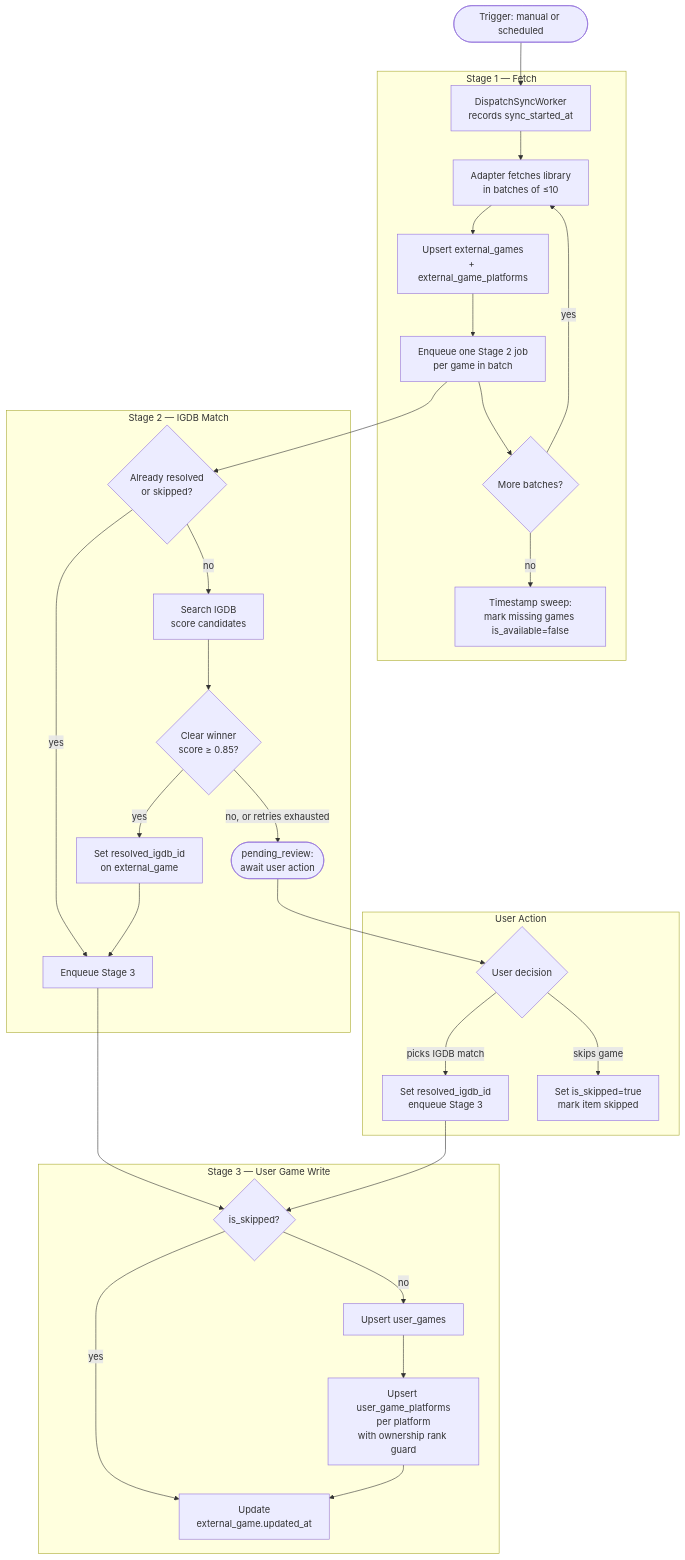
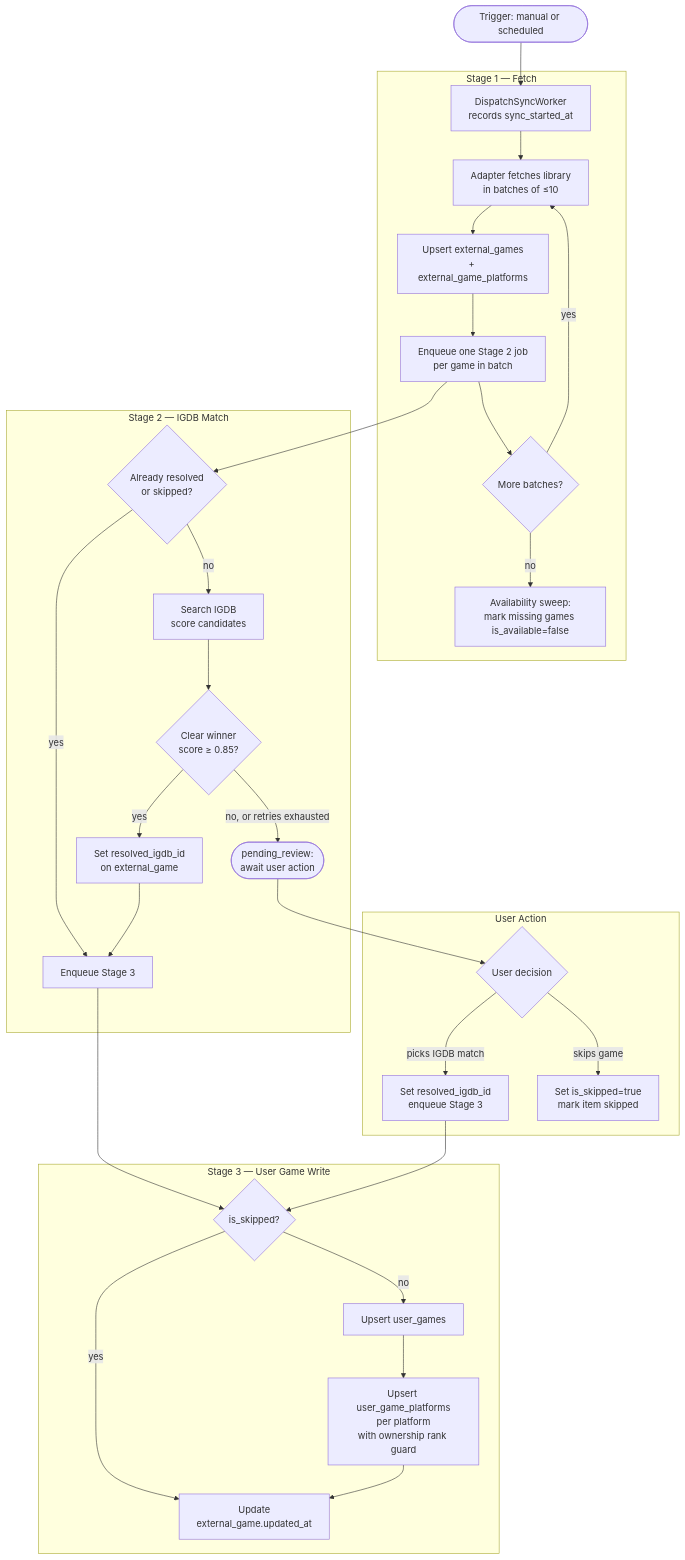
Before and after one commit to drzero42/nexorious: the first of 2 diagrams in docs/sync.md, drawn with Mermaid. The commit also changed other lines of this file, not shown here.

````diff
--- a/docs/sync.md
+++ b/docs/sync.md
@@ -69,39 +69,39 @@
 ```mermaid
 flowchart TD
     A([Trigger: manual or scheduled]) --> B
 
     subgraph Stage1["Stage 1 — Fetch"]
         B[DispatchSyncWorker<br/>records sync_started_at] --> C
         C[Adapter fetches library<br/>in batches of ≤10] --> D
         D[Upsert external_games<br/>+ external_game_platforms] --> E
         E[Enqueue one Stage 2 job<br/>per game in batch] --> F{More batches?}
         F -->|yes| C
-        F -->|no| G[Timestamp sweep:<br/>mark missing games is_available=false]
+        F -->|no| G[Availability sweep:<br/>mark missing games is_available=false]
     end
 
     subgraph Stage2["Stage 2 — IGDB Match"]
         H{Already resolved<br/>or skipped?} -->|yes| L
         H -->|no| I[Search IGDB<br/>score candidates]
         I --> J{Clear winner<br/>score ≥ 0.85?}
         J -->|yes| K[Set resolved_igdb_id<br/>on external_game]
         K --> L[Enqueue Stage 3]
         J -->|no, or retries exhausted| M([pending_review:<br/>await user action])
     end
 
     subgraph Stage3["Stage 3 — User Game Write"]
         N{is_skipped?} -->|yes| O[Update<br/>external_game.updated_at]
         N -->|no| P[Upsert user_games]
         P --> Q[Upsert user_game_platforms<br/>per platform<br/>with ownership rank guard]
         Q --> O
     end
 
     subgraph UserAction["User Action"]
         M --> R{User decision}
         R -->|picks IGDB match| S[Set resolved_igdb_id<br/>enqueue Stage 3]
         R -->|skips game| T[Set is_skipped=true<br/>mark item skipped]
     end
 
     E --> H
     L --> N
     S --> N
 ```
````
